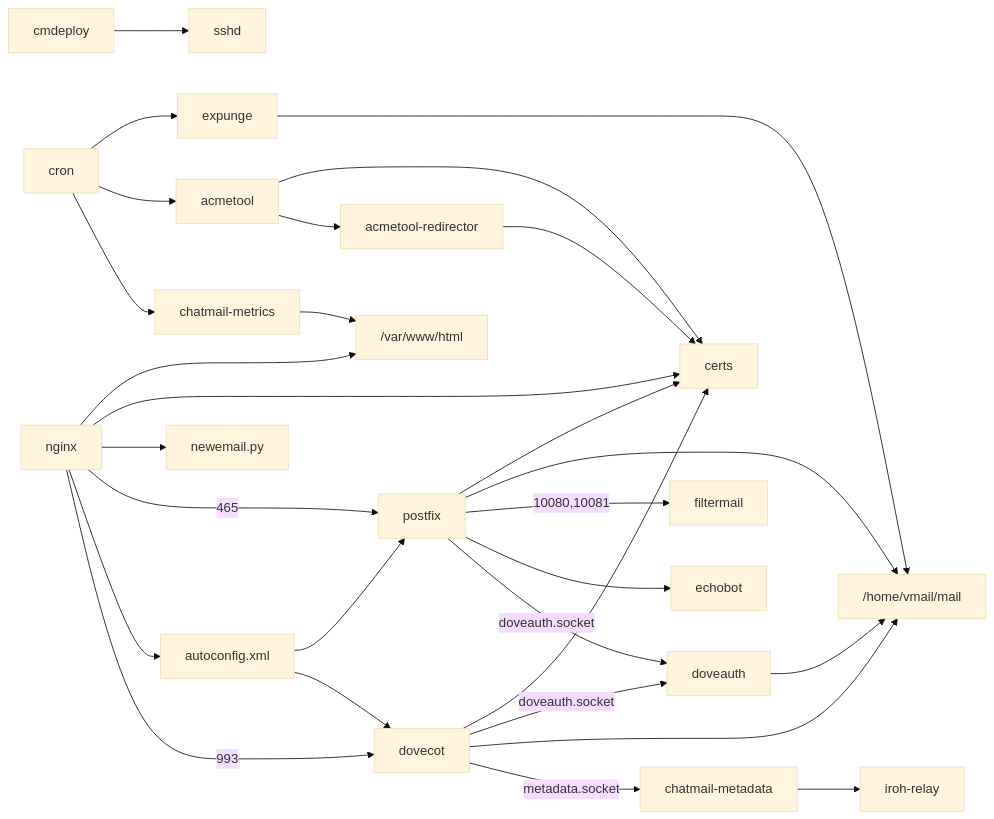
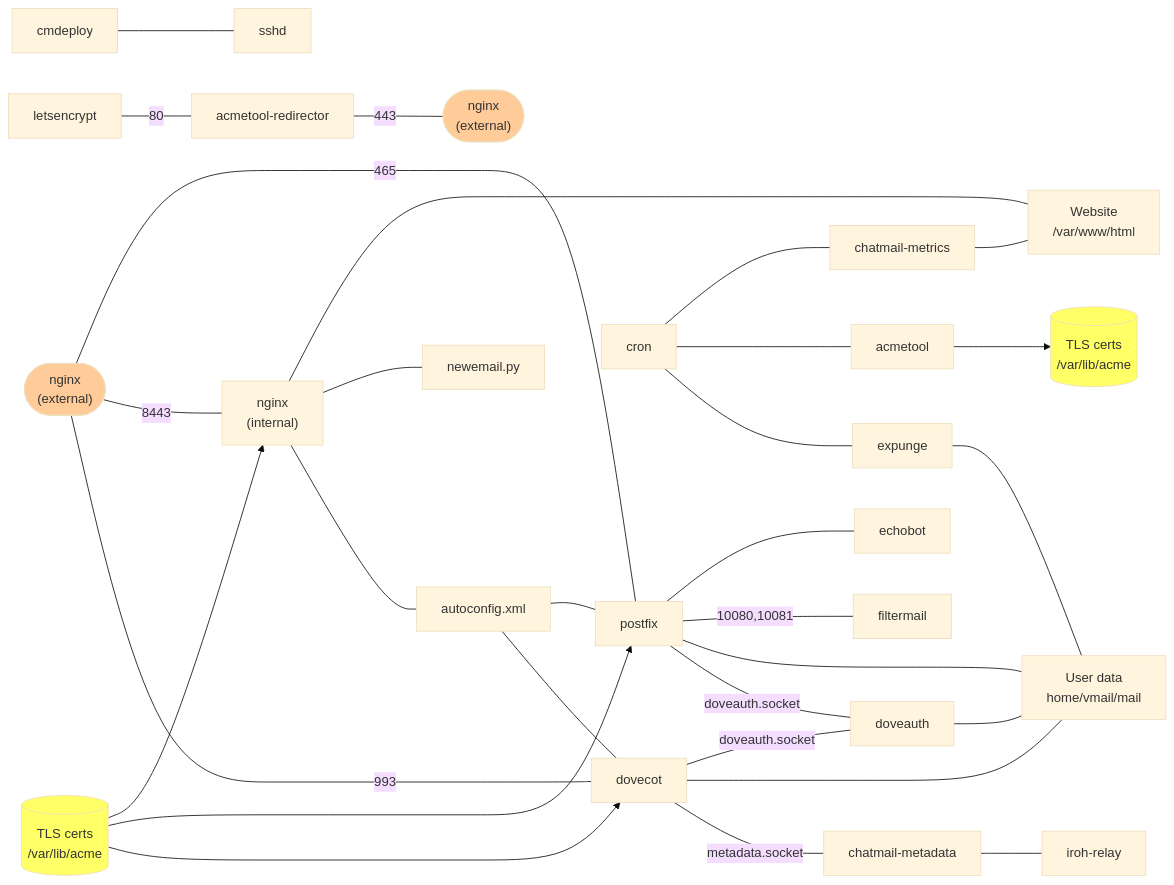
The diagram in ARCHITECTURE.md (chatmail/relay), drawn with Mermaid (base theme) before and after one commit. The commit also changed other lines of this file, not shown here.

Commit message:
docs: Rework architecture diagram based on review feedback
- Implemented changes suggested in review by missytake:
    - Removed relation between acmetool-redirector and certs.
    - Added internal nginx listening on port 8443.
    - Changed direction of arrows between certs and the services that
      use them.  This makes the arrow show the direction of
      information flow, rather than a "depends on" relation.
    - For filesystem paths, added a descriptive name to the node.
- Replaced most arrows with plain lines, to simply show that a
  relationship exists between the two nodes.  This also reduces visual
  clutter, since the graph is pretty dense with information already.
- Split nginx and certs into two nodes, to reduce entanglement in the
  graph.  These "linked" nodes are given a different shape and filled
  with a different colour, to highlight the fact that they are the
  same node.
- Revised text about the meaning of edges in the graph.

````diff
--- a/ARCHITECTURE.md
+++ b/ARCHITECTURE.md
@@ -4,31 +4,43 @@
 ```mermaid
 graph LR;
-    cmdeploy --> sshd;
-    cron --> expunge;
-    cron --> acmetool;
-    cron --> chatmail-metrics;
-    chatmail-metrics --> /var/www/html;
-    acmetool --> certs;
-    acmetool --> acmetool-redirector;
-    acmetool-redirector --> certs;
-    nginx --> /var/www/html;
-    nginx --> certs;
-    nginx --> newemail.py;
-    nginx --> |465|postfix;
-    nginx --> autoconfig.xml;
-    nginx --> |993|dovecot;
-    autoconfig.xml --> postfix;
-    autoconfig.xml --> dovecot;
-    postfix --> certs;
-    postfix --> /home/vmail/mail;
-    postfix --> |10080,10081|filtermail;
-    postfix --> echobot;
-    postfix --> |doveauth.socket|doveauth;
-    dovecot --> certs;
-    dovecot --> |doveauth.socket|doveauth;
-    dovecot --> /home/vmail/mail;
-    dovecot --> |metadata.socket|chatmail-metadata;
-    doveauth --> /home/vmail/mail;
-    expunge --> /home/vmail/mail;
-    chatmail-metadata --> iroh-relay;
+    cmdeploy --- sshd;
+    letsencrypt --- |80|acmetool-redirector;
+    acmetool-redirector --- |443|nginx-right(["`nginx
+    (external)`"]);
+    nginx-external --- |465|postfix;
+    nginx-external(["`nginx
+    (external)`"]) --- |8443|nginx-internal["`nginx
+    (internal)`"];
+    nginx-internal --- website["`Website
+    /var/www/html`"];
+    nginx-internal --- newemail.py;
+    nginx-internal --- autoconfig.xml;
+    certs-nginx[("`TLS certs
+    /var/lib/acme`")] --> nginx-internal;
+    cron --- chatmail-metrics;
+    cron --- acmetool;
+    cron --- expunge;
+    chatmail-metrics --- website;
+    acmetool --> certs[("`TLS certs
+    /var/lib/acme`")];
+    nginx-external --- |993|dovecot;
+    autoconfig.xml --- postfix;
+    autoconfig.xml --- dovecot;
+    postfix --- echobot;
+    postfix --- |10080,10081|filtermail;
+    postfix --- users["`User data
+    home/vmail/mail`"];
+    postfix --- |doveauth.socket|doveauth;
+    dovecot --- |doveauth.socket|doveauth;
+    dovecot --- users;
+    dovecot --- |metadata.socket|chatmail-metadata;
+    doveauth --- users;
+    expunge --- users;
+    chatmail-metadata --- iroh-relay;
+    certs-nginx --> postfix;
+    certs-nginx --> dovecot;
+    style certs fill:#ff6;
+    style certs-nginx fill:#ff6;
+    style nginx-external fill:#fc9;
+    style nginx-right fill:#fc9;
 ```
````
